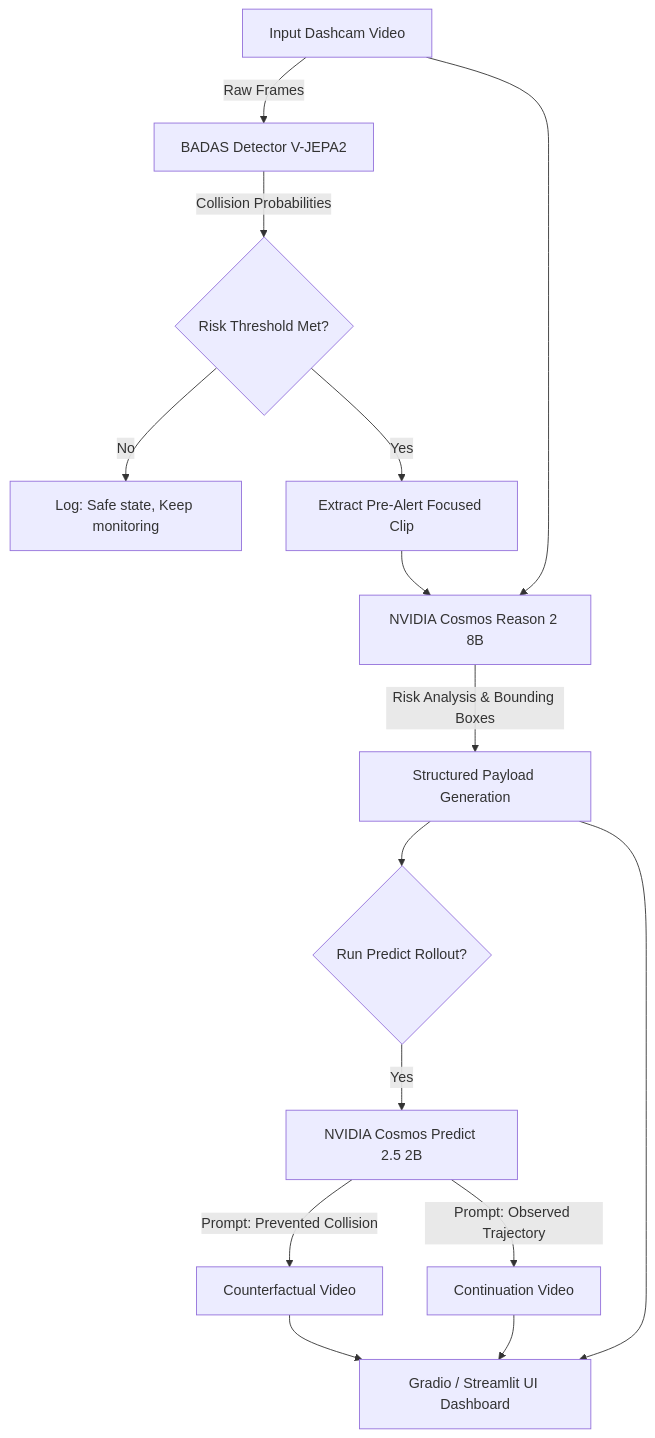
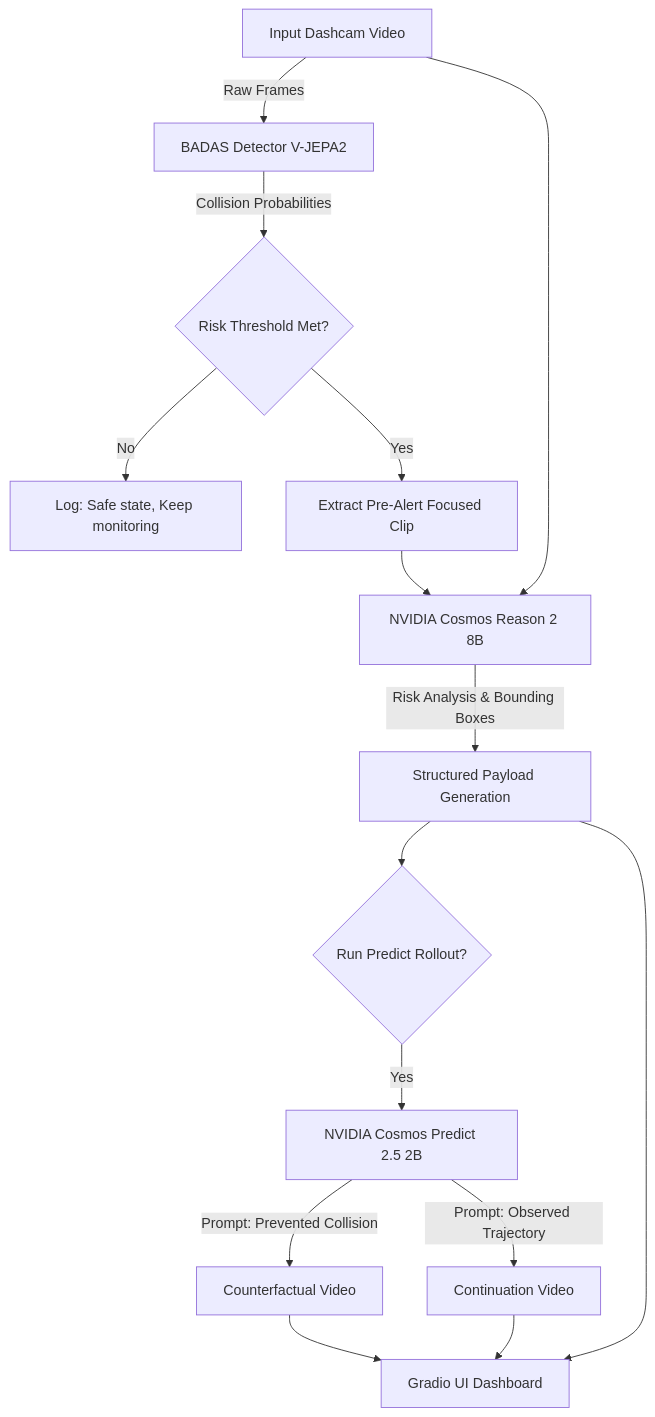
One commit to Ryukijano/Nvidia-Cosmos-Cookoff changed the diagram in README.md. Above: the diagram before and after it, drawn with Mermaid. The commit also changed other lines of this file and 5 other files, not shown here.

````diff
--- a/README.md
+++ b/README.md
@@ -17,17 +28,17 @@
 ```mermaid
 graph TD
     A[Input Dashcam Video] -->|Raw Frames| B[BADAS Detector V-JEPA2]
     B -->|Collision Probabilities| C{Risk Threshold Met?}
     C -->|No| D[Log: Safe state, Keep monitoring]
     C -->|Yes| E[Extract Pre-Alert Focused Clip]
     A --> F[NVIDIA Cosmos Reason 2 8B]
     E --> F
     F -->|Risk Analysis & Bounding Boxes| G[Structured Payload Generation]
     G --> H{Run Predict Rollout?}
     H -->|Yes| I[NVIDIA Cosmos Predict 2.5 2B]
     I -->|Prompt: Prevented Collision| J[Counterfactual Video]
     I -->|Prompt: Observed Trajectory| K[Continuation Video]
-    G --> L[Gradio / Streamlit UI Dashboard]
+    G --> L[Gradio UI Dashboard]
     J --> L
     K --> L
 ```
````
